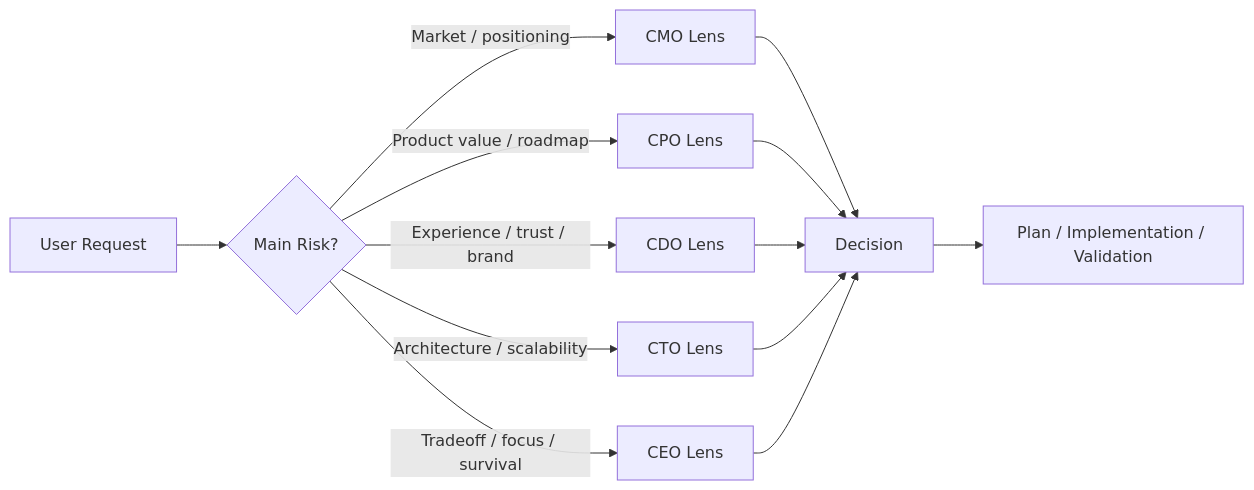
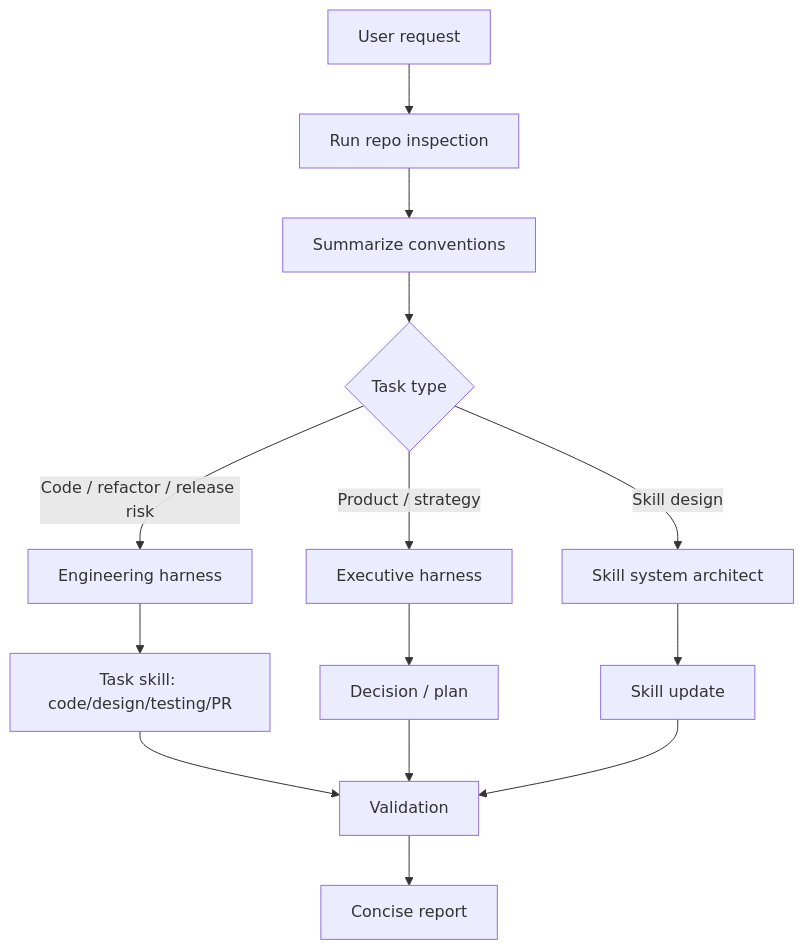
Before and after one commit to ivory-code/agents-configs: the diagram in docs/UNIVERSAL_SKILLSET_BLUEPRINT.md, drawn with Mermaid. The commit also changed other lines of this file and 25 other files, not shown here.

````diff
--- a/docs/UNIVERSAL_SKILLSET_BLUEPRINT.md
+++ b/docs/UNIVERSAL_SKILLSET_BLUEPRINT.md
@@ -120,15 +41,16 @@
 ```mermaid
-flowchart LR
-    A[User Request] --> B{Main Risk?}
-    B -- Market / positioning --> C[CMO Lens]
-    B -- Product value / roadmap --> D[CPO Lens]
-    B -- Experience / trust / brand --> E[CDO Lens]
-    B -- Architecture / scalability --> F[CTO Lens]
-    B -- Tradeoff / focus / survival --> G[CEO Lens]
-    C --> H[Decision]
-    D --> H
-    E --> H
-    F --> H
-    G --> H
-    H --> I[Plan / Implementation / Validation]
+flowchart TD
+    A[User request] --> B[Run repo inspection]
+    B --> C[Summarize conventions]
+    C --> D{Task type}
+    D -- Product / strategy --> E[Executive harness]
+    D -- Code / refactor / release risk --> F[Engineering harness]
+    D -- Skill design --> G[Skill system architect]
+    F --> H[Task skill: code/design/testing/PR]
+    E --> I[Decision / plan]
+    G --> J[Skill update]
+    H --> K[Validation]
+    I --> K
+    J --> K
+    K --> L[Concise report]
 ```
````
